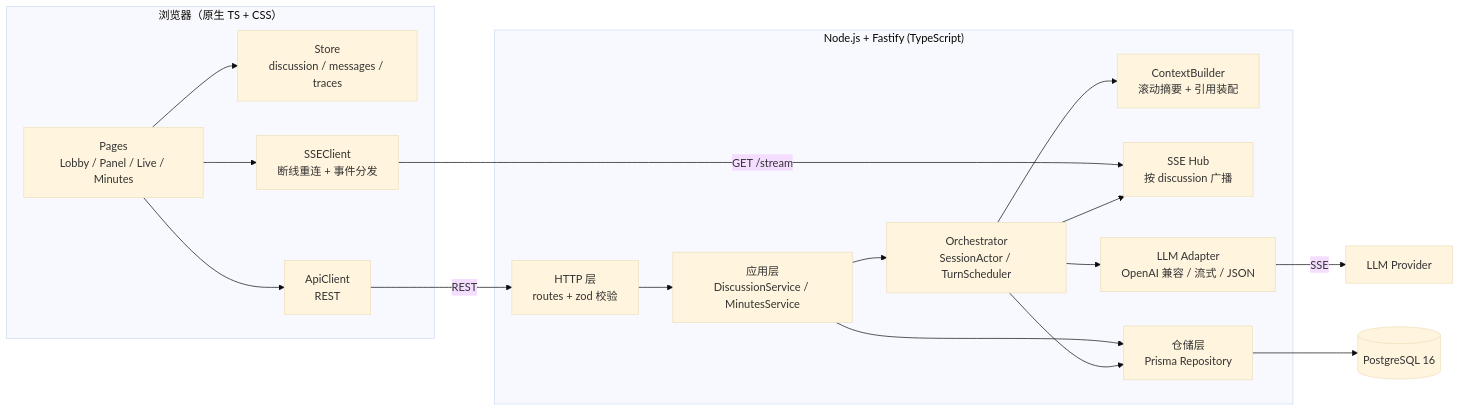
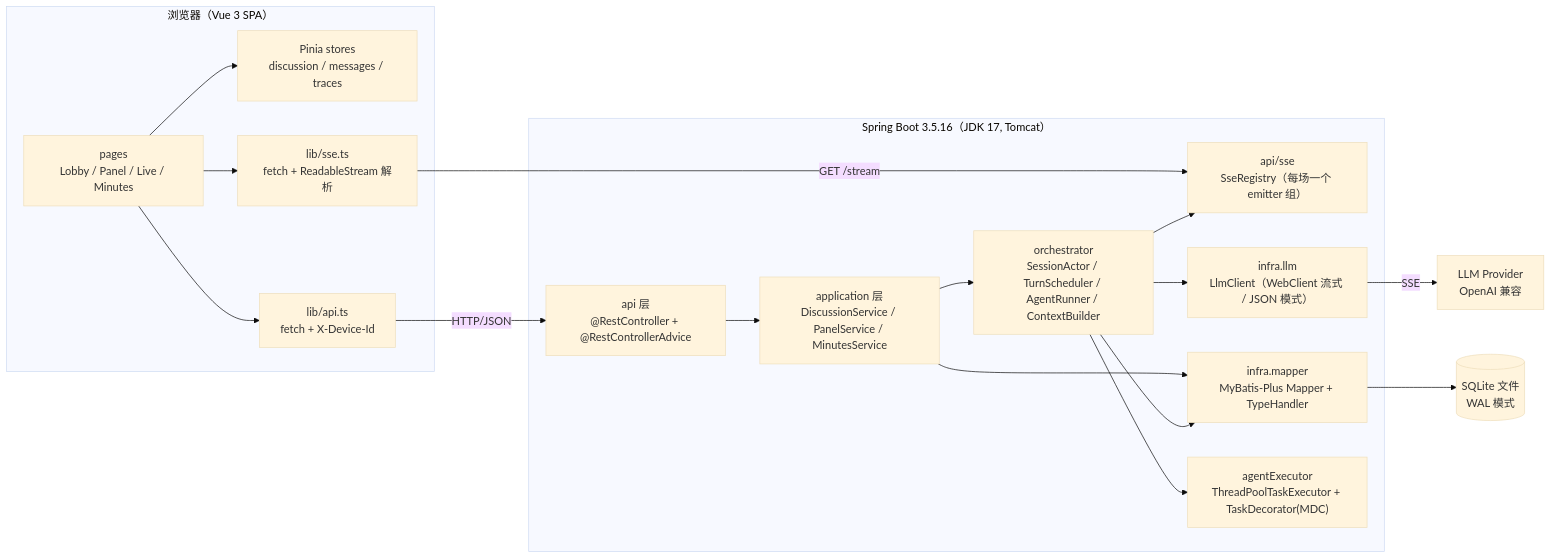
The first of 5 diagrams in docs/ARCHITECTURE.md (zueszyz/ai-panel-studio), drawn with Mermaid (base theme) before and after one commit. The commit also changed other lines of this file, not shown here.

Commit message:
docs(arch): rewrite layering, thread model and sqlite constraints for spring stack

````diff
--- a/docs/ARCHITECTURE.md
+++ b/docs/ARCHITECTURE.md
@@ -23,37 +26,37 @@
 ```mermaid
 flowchart LR
-    subgraph Browser["浏览器（原生 TS + CSS）"]
-        UI["Pages<br/>Lobby / Panel / Live / Minutes"]
-        ST["Store<br/>discussion / messages / traces"]
-        SC["SSEClient<br/>断线重连 + 事件分发"]
-        AC["ApiClient<br/>REST"]
+    subgraph Browser["浏览器（Vue 3 SPA）"]
+        UI["pages<br/>Lobby / Panel / Live / Minutes"]
+        PIN["Pinia stores<br/>discussion / messages / traces"]
+        SSE["lib/sse.ts<br/>fetch + ReadableStream 解析"]
+        API["lib/api.ts<br/>fetch + X-Device-Id"]
     end
 
-    subgraph Server["Node.js + Fastify (TypeScript)"]
-        R["HTTP 层<br/>routes + zod 校验"]
-        SVC["应用层<br/>DiscussionService / MinutesService"]
-        ORC["Orchestrator<br/>SessionActor / TurnScheduler"]
-        CTX["ContextBuilder<br/>滚动摘要 + 引用装配"]
-        HUB["SSE Hub<br/>按 discussion 广播"]
-        REPO["仓储层<br/>Prisma Repository"]
-        LLM["LLM Adapter<br/>OpenAI 兼容 / 流式 / JSON"]
+    subgraph Server["Spring Boot 3.5.16（JDK 17, Tomcat）"]
+        C["api 层<br/>@RestController + @RestControllerAdvice"]
+        SVC["application 层<br/>DiscussionService / PanelService / MinutesService"]
+        ORC["orchestrator<br/>SessionActor / TurnScheduler / AgentRunner / ContextBuilder"]
+        HUB["api/sse<br/>SseRegistry（每场一个 emitter 组）"]
+        MAP["infra.mapper<br/>MyBatis-Plus Mapper + TypeHandler"]
+        LLM["infra.llm<br/>LlmClient（WebClient 流式 / JSON 模式）"]
+        EXEC["agentExecutor<br/>ThreadPoolTaskExecutor + TaskDecorator(MDC)"]
     end
 
-    DB[("PostgreSQL 16")]
-    EXT["LLM Provider"]
+    DB[("SQLite 文件<br/>WAL 模式")]
+    EXT["LLM Provider<br/>OpenAI 兼容"]
 
-    UI --> ST
-    UI --> AC
-    UI --> SC
-    AC -->|REST| R
-    SC -->|GET /stream| HUB
-    R --> SVC
+    UI --> PIN
+    UI --> API
+    UI --> SSE
+    API -->|HTTP/JSON| C
+    SSE -->|GET /stream| HUB
+    C --> SVC
     SVC --> ORC
-    SVC --> REPO
-    ORC --> CTX
+    SVC --> MAP
+    ORC --> EXEC
+    ORC --> LLM
     ORC --> HUB
-    ORC --> LLM
-    ORC --> REPO
-    REPO --> DB
+    ORC --> MAP
+    MAP --> DB
     LLM -->|SSE| EXT
 ```
````
